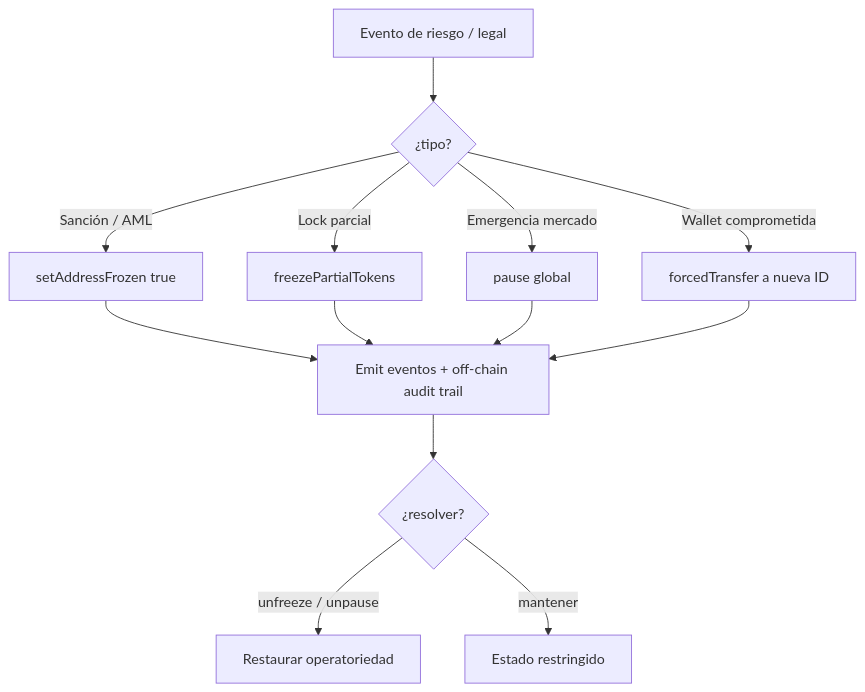
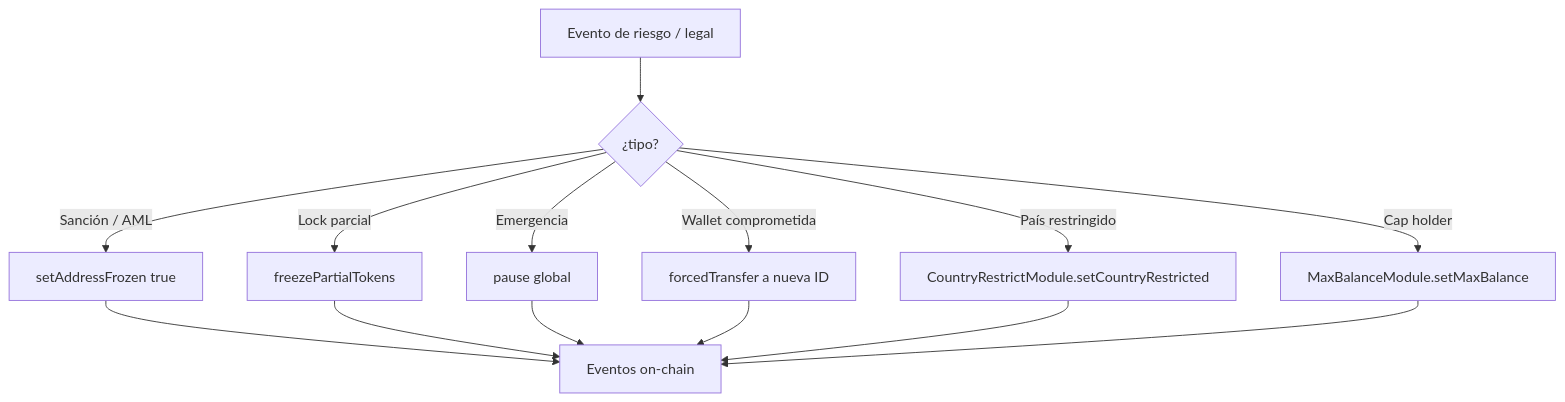
The fourth of 6 diagrams in doc/flujograma.md (rastrahm/rwa-tokenization), drawn with Mermaid before and after one commit. The commit also changed other lines of this file and 7 other files, not shown here.

````diff
--- a/doc/flujograma.md
+++ b/doc/flujograma.md
@@ -85,15 +89,16 @@
 ```mermaid
 flowchart TD
     A[Evento de riesgo / legal] --> B{¿tipo?}
     B -->|Sanción / AML| F1[setAddressFrozen true]
     B -->|Lock parcial| F2[freezePartialTokens]
-    B -->|Emergencia mercado| F3[pause global]
+    B -->|Emergencia| F3[pause global]
     B -->|Wallet comprometida| F4[forcedTransfer a nueva ID]
-    F1 --> Audit[Emit eventos + off-chain audit trail]
+    B -->|País restringido| F5[CountryRestrictModule.setCountryRestricted]
+    B -->|Cap holder| F6[MaxBalanceModule.setMaxBalance]
+    F1 --> Audit[Eventos on-chain]
     F2 --> Audit
     F3 --> Audit
     F4 --> Audit
-    Audit --> C{¿resolver?}
-    C -->|unfreeze / unpause| R[Restaurar operatoriedad]
-    C -->|mantener| Hold[Estado restringido]
+    F5 --> Audit
+    F6 --> Audit
 ```
````
